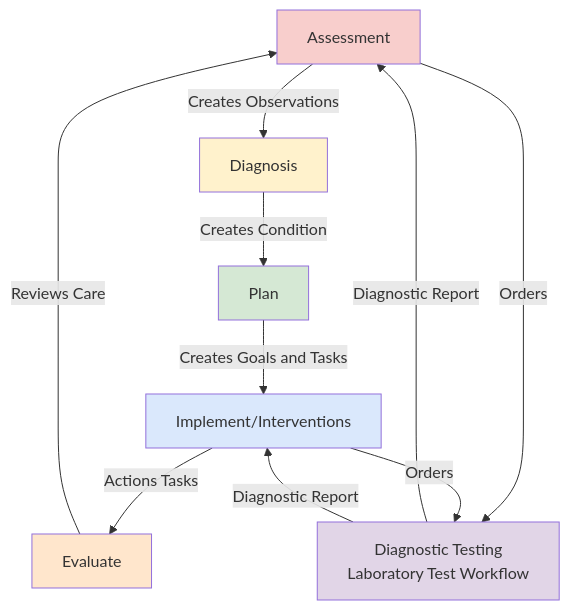
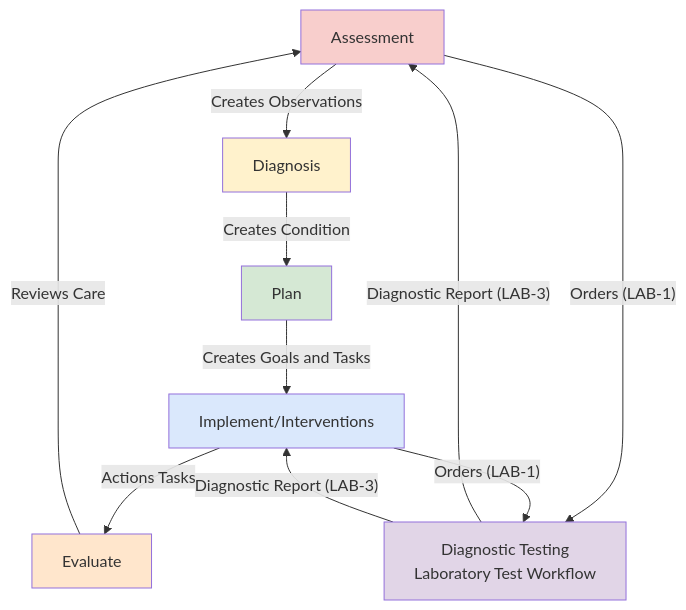
One commit to nw-gmsa/nw-gmsa.github.com changed the first of 14 diagrams in input/pagecontent/LTW.md. Above: the diagram before and after it, drawn with Mermaid. The commit also changed other lines of this file and 2 other files, not shown here.

````diff
--- a/input/pagecontent/LTW.md
+++ b/input/pagecontent/LTW.md
@@ -12,33 +12,33 @@
 ```mermaid
 graph TD;
 
     A[Assessment]-->|Creates Observations| B;
-    A--> |Orders| T;
-    T[Diagnostic Testing<br/>Laboratory Test Workflow] --> |Diagnostic Report| A
+    A--> |"Orders (LAB-1)"| T;
+    T[Diagnostic Testing<br/>Laboratory Test Workflow] --> |"Diagnostic Report (LAB-3)"| A
     B[Diagnosis]-->|Creates Condition| C;
     C[Plan]-->|Creates Goals and Tasks| D;
     D[Implement/Interventions]-->|Actions Tasks| E;
-    D --> |Orders| T;
-    T --> |Diagnostic Report| D
+    D --> |"Orders (LAB-1)"| T;
+    T --> |"Diagnostic Report (LAB-3)"| D
     E[Evaluate]--> |Reviews Care| A;
     
     click T Questionnaire-GenomicTestOrder.html
     click AN GenomicTestReport.html
     click S ExampleScenario-BiopsyProcedure.html
 
     classDef purple fill:#E1D5E7;
 
     classDef yellow fill:#FFF2CC;
     classDef pink fill:#F8CECC
     classDef green fill:#D5E8D4;
     classDef blue fill:#DAE8FC;
     classDef orange fill:#FFE6CC;
 
     class A pink
     class B yellow
     class C green
     class D blue
     class E orange
 
     class O,S,T,AN purple
 ```
````
